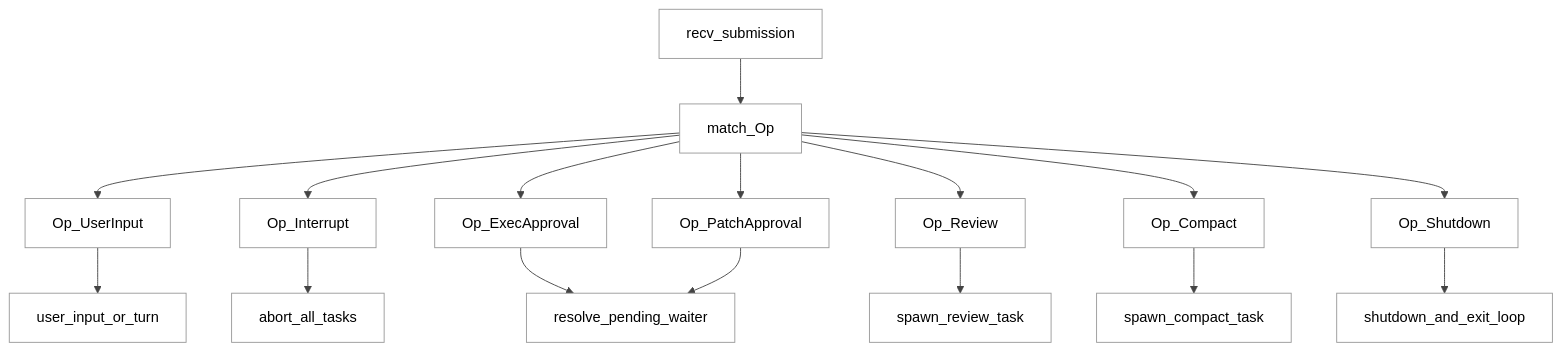
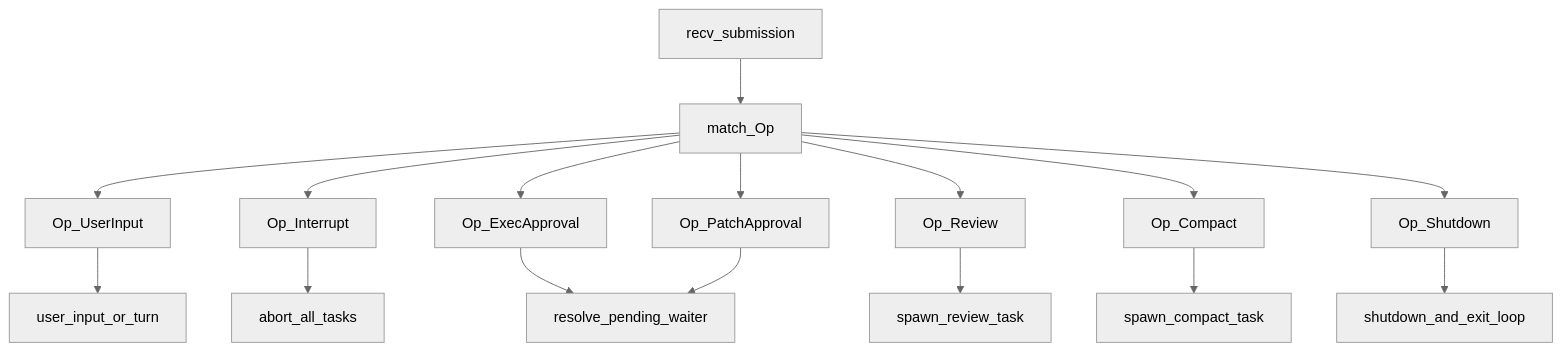
Before and after one commit to GLBB/codex-source-analysis: the second of 6 diagrams in Part I Principles and Usage/06-Agent核心循环.md, drawn with Mermaid. The commit also changed other lines of this file and 29 other files, not shown here.

````diff
--- a/Part I Principles and Usage/06-Agent核心循环.md
+++ b/Part I Principles and Usage/06-Agent核心循环.md
@@ -291,19 +291,19 @@
 ```mermaid
-%%{init: {"theme":"neutral","themeCSS":"svg { background: #ffffff !important; } .label, .nodeLabel, .edgeLabel, text { fill: #000000 !important; color: #000000 !important; }","themeVariables":{"background":"#ffffff","mainBkg":"#ffffff","primaryColor":"#f5f5f5","primaryTextColor":"#000000","primaryBorderColor":"#333333","secondaryColor":"#f6f8fa","tertiaryColor":"#ffffff","lineColor":"#444444","textColor":"#000000","clusterBkg":"#fafafa","clusterBorder":"#888888","edgeLabelBackground":"#ffffff","fontFamily":"Helvetica"}}}%%
+%%{init:{'theme':'neutral','themeVariables':{'background':'#ffffff'}}}%%
 flowchart TD
     Recv["recv_submission"] --> Match["match_Op"]
     Match --> UserInput["Op_UserInput"]
     Match --> Interrupt["Op_Interrupt"]
     Match --> ExecAppr["Op_ExecApproval"]
     Match --> PatchAppr["Op_PatchApproval"]
     Match --> Review["Op_Review"]
     Match --> Compact["Op_Compact"]
     Match --> Shutdown["Op_Shutdown"]
     UserInput --> Route["user_input_or_turn"]
     Interrupt --> Abort["abort_all_tasks"]
     ExecAppr --> ResumeWaiter["resolve_pending_waiter"]
     PatchAppr --> ResumeWaiter
     Review --> ReviewTask["spawn_review_task"]
     Compact --> CompactTask["spawn_compact_task"]
     Shutdown --> Exit["shutdown_and_exit_loop"]
 ```
````
